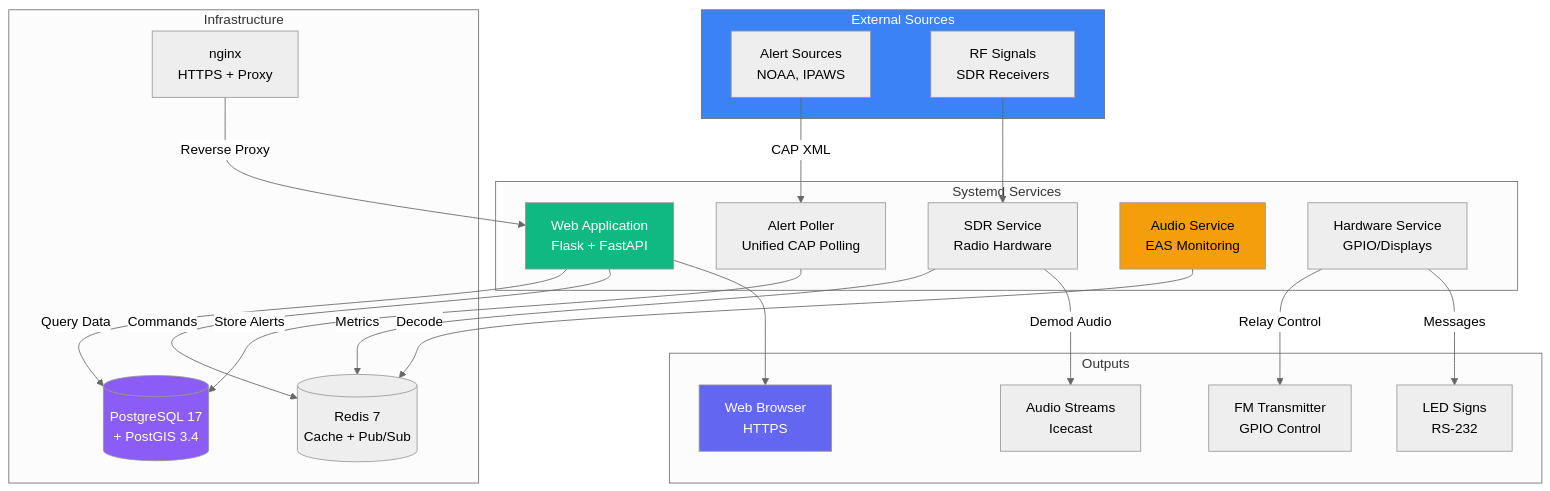
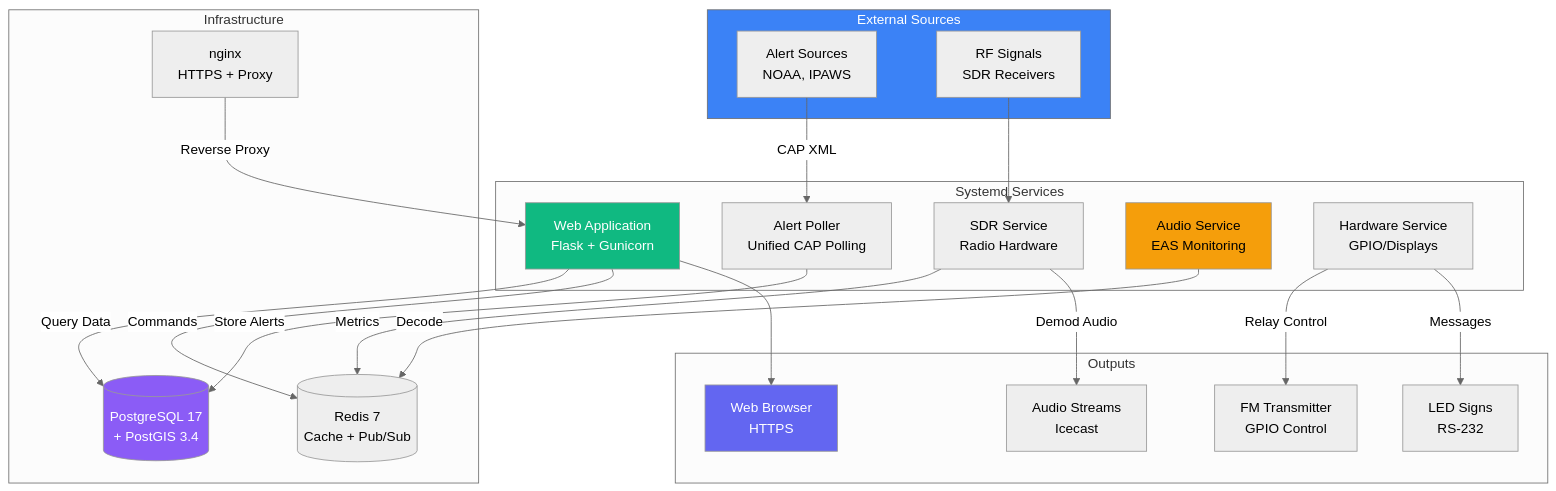
The third of 3 diagrams in README.md (chelstein/eas-station), drawn with Mermaid (neutral theme) before and after one commit. The commit also changed other lines of this file and 5 other files, not shown here.

First line of the commit message:
fix: remove FastAPI refs, fix README install/update/config accuracy

````diff
--- a/README.md
+++ b/README.md
@@ -301,49 +311,49 @@
 ```mermaid
 graph TB
     subgraph External["External Sources"]
         SRC[Alert Sources<br/>NOAA, IPAWS]
         RF[RF Signals<br/>SDR Receivers]
     end
 
     subgraph Services["Systemd Services"]
         POLL[Alert Poller<br/>Unified CAP Polling]
-        WEB[Web Application<br/>Flask + FastAPI]
+        WEB[Web Application<br/>Flask + Gunicorn]
         SDR_SVC[SDR Service<br/>Radio Hardware]
         AUDIO_SVC[Audio Service<br/>EAS Monitoring]
         HW_SVC[Hardware Service<br/>GPIO/Displays]
     end
 
     subgraph Infrastructure["Infrastructure"]
         DB[(PostgreSQL 17<br/>+ PostGIS 3.4)]
         REDIS[(Redis 7<br/>Cache + Pub/Sub)]
         NGINX[nginx<br/>HTTPS + Proxy]
     end
 
     subgraph Output["Outputs"]
         TX[FM Transmitter<br/>GPIO Control]
         UI[Web Browser<br/>HTTPS]
         LED[LED Signs<br/>RS-232]
         STREAM[Audio Streams<br/>Icecast]
     end
 
     SRC -->|CAP XML| POLL
     RF --> SDR_SVC
     
     POLL -->|Store Alerts| DB
     WEB -->|Query Data| DB
     WEB -->|Commands| REDIS
     SDR_SVC -->|Metrics| REDIS
     AUDIO_SVC -->|Decode| REDIS
     
     NGINX -->|Reverse Proxy| WEB
     WEB --> UI
     HW_SVC -->|Relay Control| TX
     HW_SVC -->|Messages| LED
     SDR_SVC -->|Demod Audio| STREAM
     
     style External fill:#3b82f6,color:#fff
     style DB fill:#8b5cf6,color:#fff
     style WEB fill:#10b981,color:#fff
     style AUDIO_SVC fill:#f59e0b,color:#000
     style UI fill:#6366f1,color:#fff
 ```
````
